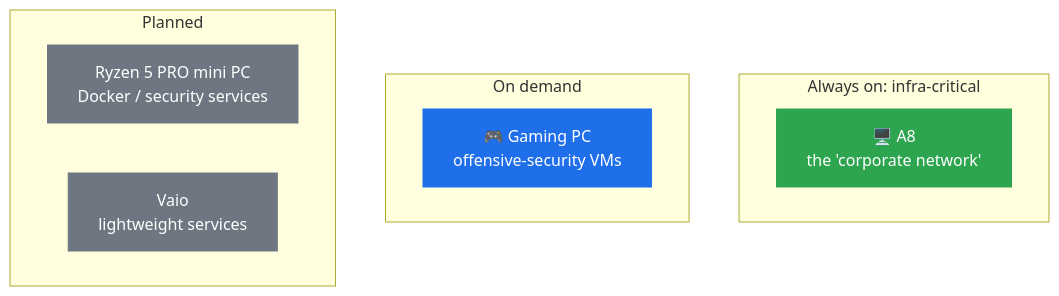
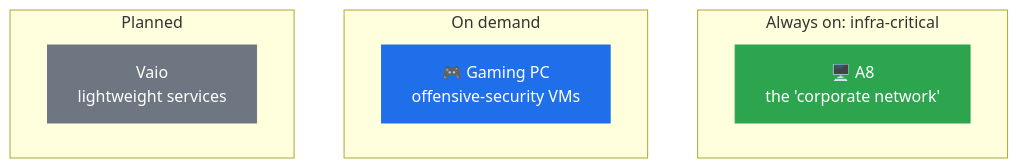
Before and after one commit to ClydeWasEjected/ClydeHomeLab: the fourth of 5 diagrams in HomeLab/1 - Infrastructure/Homelab - Project Overview.md, drawn with Mermaid. The commit also changed other lines of this file and 3 other files, not shown here.

````diff
--- a/HomeLab/1 - Infrastructure/Homelab - Project Overview.md
+++ b/HomeLab/1 - Infrastructure/Homelab - Project Overview.md
@@ -66,19 +66,18 @@
 ```mermaid
 flowchart TB
     subgraph always["Always on: infra-critical"]
         a8["🖥️ A8<br/>the 'corporate network'"]
     end
     subgraph ondemand["On demand"]
         gp["🎮 Gaming PC<br/>offensive-security VMs"]
     end
     subgraph planned["Planned"]
-        ry["Ryzen 5 PRO mini PC<br/>Docker / security services"]
         va["Vaio<br/>lightweight services"]
     end
     classDef on fill:#2da44e,stroke:#2da44e,color:#fff
     classDef dem fill:#1f6feb,stroke:#1f6feb,color:#fff
     classDef plan fill:#6e7781,stroke:#6e7781,color:#fff
     class a8 on
     class gp dem
-    class ry,va plan
+    class va plan
 ```
````
